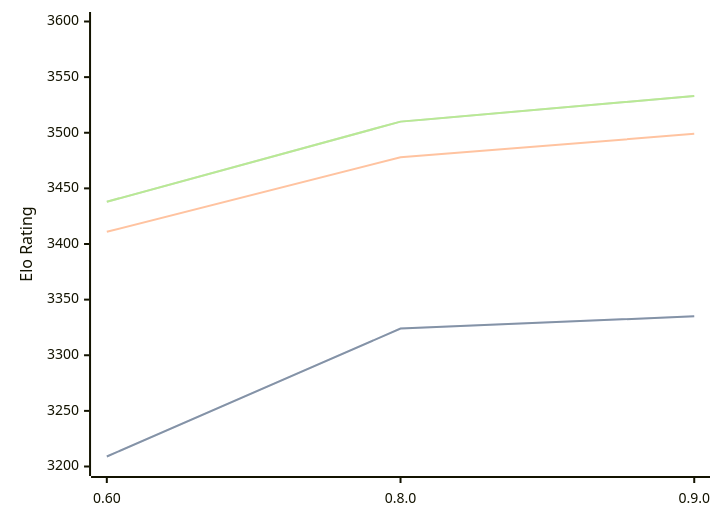
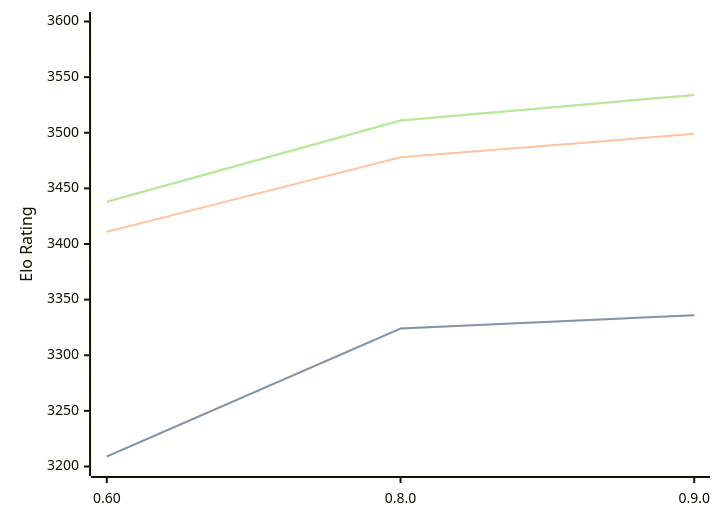
The diagram in engines/Motor.md (computer-chess-index/cci), drawn with Mermaid before and after one commit. The commit also changed other lines of this file, not shown here.

Commit message:
Update CCI Ratings (ELO VLTC) - 2026-08-29

````diff
--- a/engines/Motor.md
+++ b/engines/Motor.md
@@ -33,11 +33,11 @@
 ```mermaid
 %%{init: {"theme":"base","themeVariables":{"seriesColors:['#a3a3a3','#222221','#faa371']}}}%%
 xychart-beta
   x-axis ["0.60", "0.8.0", "0.9.0"]
   y-axis "Elo Rating" 3200 --> 3600
-  line "" [3209, 3324, 3335]
-  line "STC (8.0+0.08s)" [3209, 3324, 3335]
+  line "" [3209, 3324, 3336]
+  line "STC (8.0+0.08s)" [3209, 3324, 3336]
   line "LTC (60.0+0.60s)" [3411, 3478, 3499]
-  line "" [3438, 3510, 3533]
-  line "VLTC (2m24s+1.12s)" [3438, 3510, 3533]
+  line "" [3438, 3511, 3534]
+  line "VLTC (2m24s+1.12s)" [3438, 3511, 3534]
 ```
````
